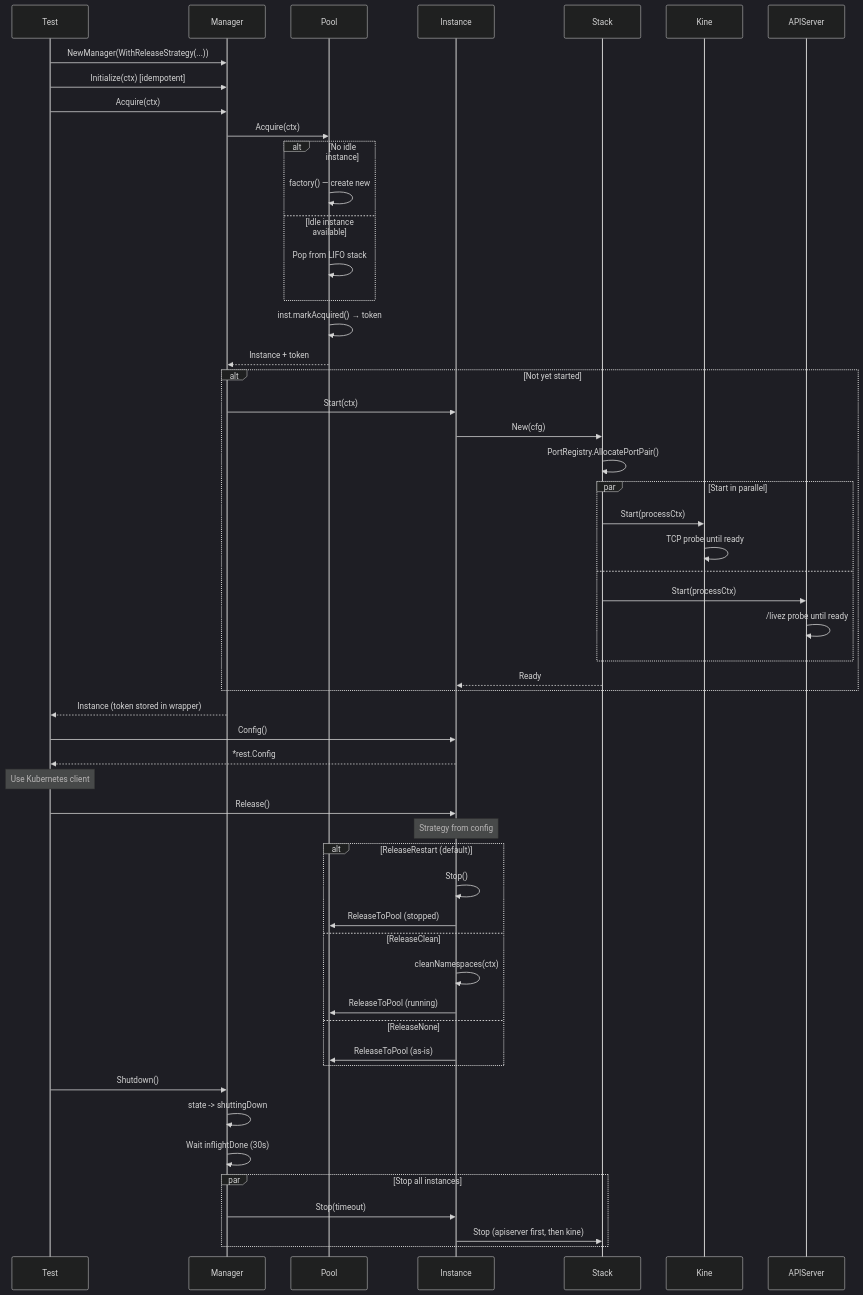
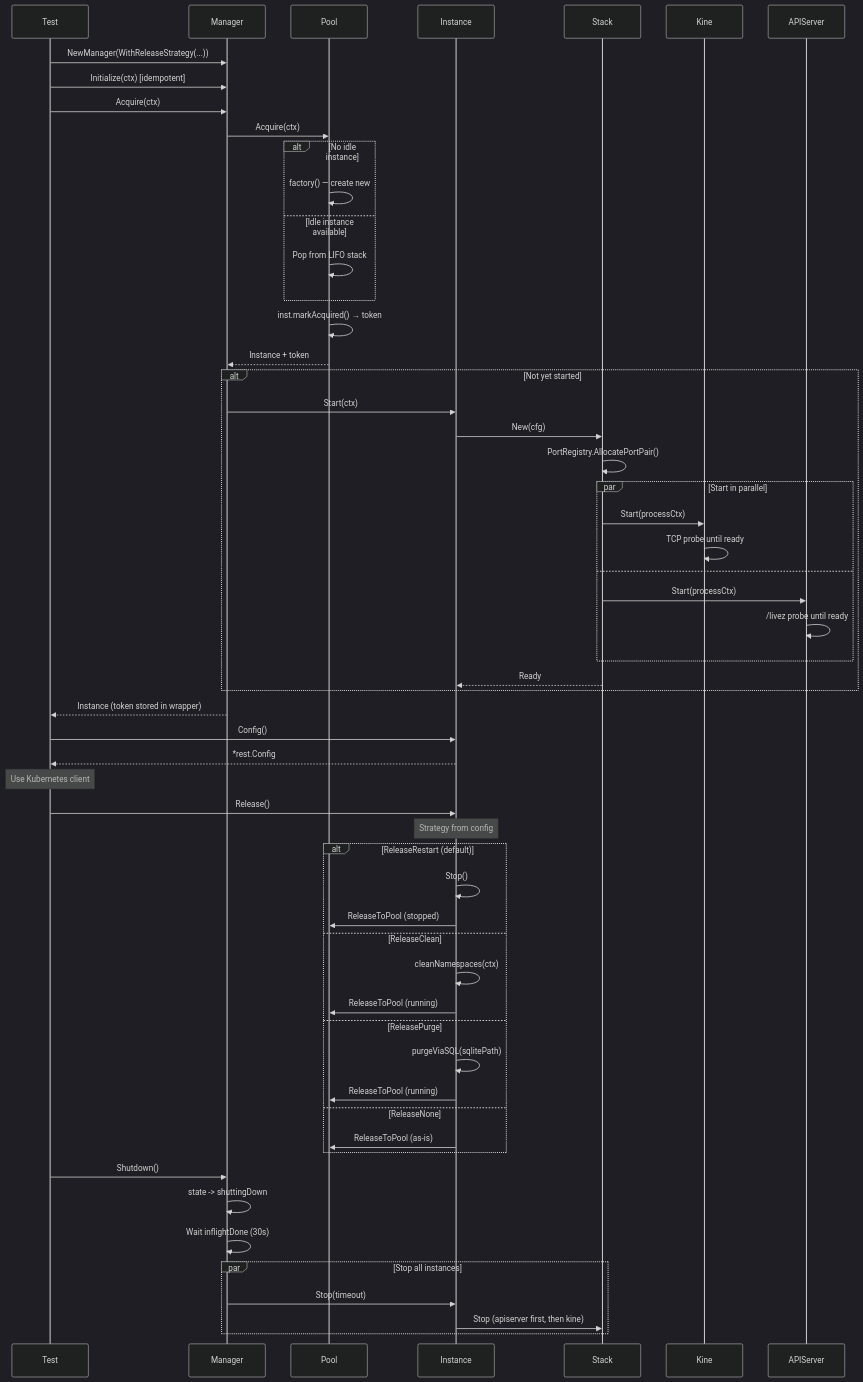
The second of 4 diagrams in docs/CODEBASE_MAP.md (giantswarm/k8senv), drawn with Mermaid (dark theme) before and after one commit. The commit also changed other lines of this file and 20 other files, not shown here.

First line of the commit message:
feat(core): add ReleasePurge strategy for direct SQLite cleanup

````diff
--- a/docs/CODEBASE_MAP.md
+++ b/docs/CODEBASE_MAP.md
@@ -555,65 +591,68 @@
 ```mermaid
 sequenceDiagram
     participant Test
     participant Manager
     participant Pool
     participant Instance
     participant Stack
     participant Kine
     participant APIServer
 
     Test->>Manager: NewManager(WithReleaseStrategy(...))
     Test->>Manager: Initialize(ctx) [idempotent]
     Test->>Manager: Acquire(ctx)
     Manager->>Pool: Acquire(ctx)
 
     alt No idle instance
         Pool->>Pool: factory() — create new
     else Idle instance available
         Pool->>Pool: Pop from LIFO stack
     end
 
     Pool->>Pool: inst.markAcquired() → token
     Pool-->>Manager: Instance + token
 
     alt Not yet started
         Manager->>Instance: Start(ctx)
         Instance->>Stack: New(cfg)
         Stack->>Stack: PortRegistry.AllocatePortPair()
         par Start in parallel
             Stack->>Kine: Start(processCtx)
             Kine->>Kine: TCP probe until ready
         and
             Stack->>APIServer: Start(processCtx)
             APIServer->>APIServer: /livez probe until ready
         end
         Stack-->>Instance: Ready
     end
 
     Manager-->>Test: Instance (token stored in wrapper)
 
     Test->>Instance: Config()
     Instance-->>Test: *rest.Config
     Note over Test: Use Kubernetes client
 
     Test->>Instance: Release()
     Note over Instance: Strategy from config
 
     alt ReleaseRestart (default)
         Instance->>Instance: Stop()
         Instance->>Pool: ReleaseToPool (stopped)
     else ReleaseClean
         Instance->>Instance: cleanNamespaces(ctx)
         Instance->>Pool: ReleaseToPool (running)
+    else ReleasePurge
+        Instance->>Instance: purgeViaSQL(sqlitePath)
+        Instance->>Pool: ReleaseToPool (running)
     else ReleaseNone
         Instance->>Pool: ReleaseToPool (as-is)
     end
 
     Test->>Manager: Shutdown()
     Manager->>Manager: state -> shuttingDown
     Manager->>Manager: Wait inflightDone (30s)
     par Stop all instances
         Manager->>Instance: Stop(timeout)
         Instance->>Stack: Stop (apiserver first, then kine)
     end
 ```
````
